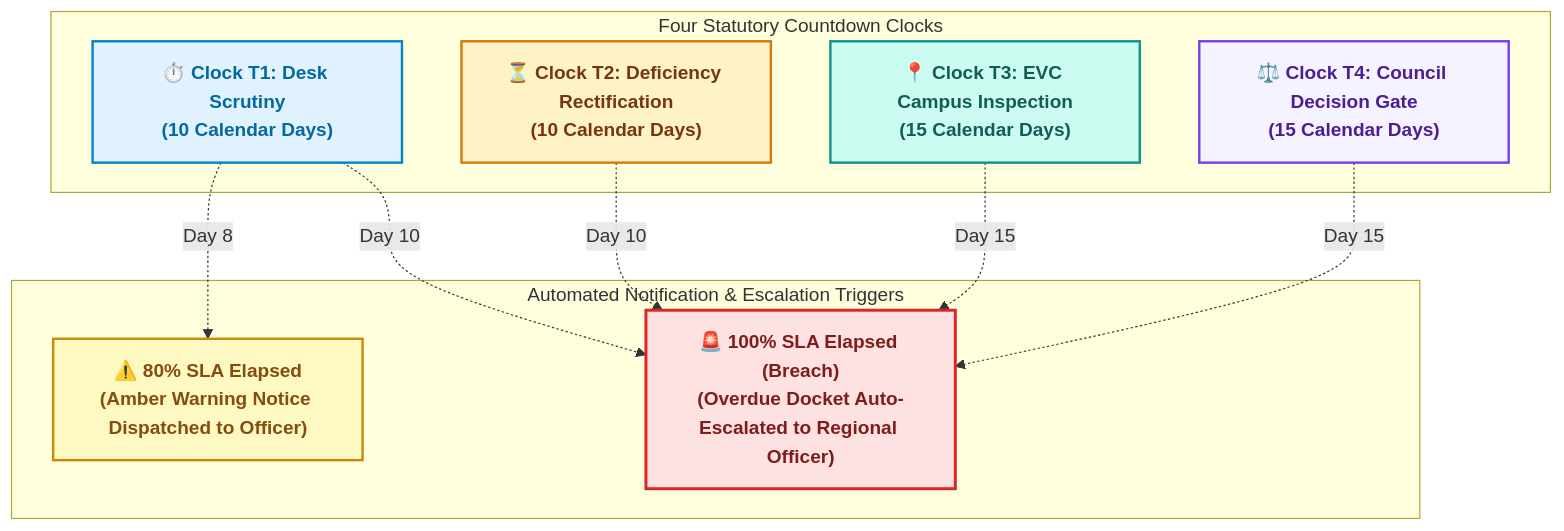
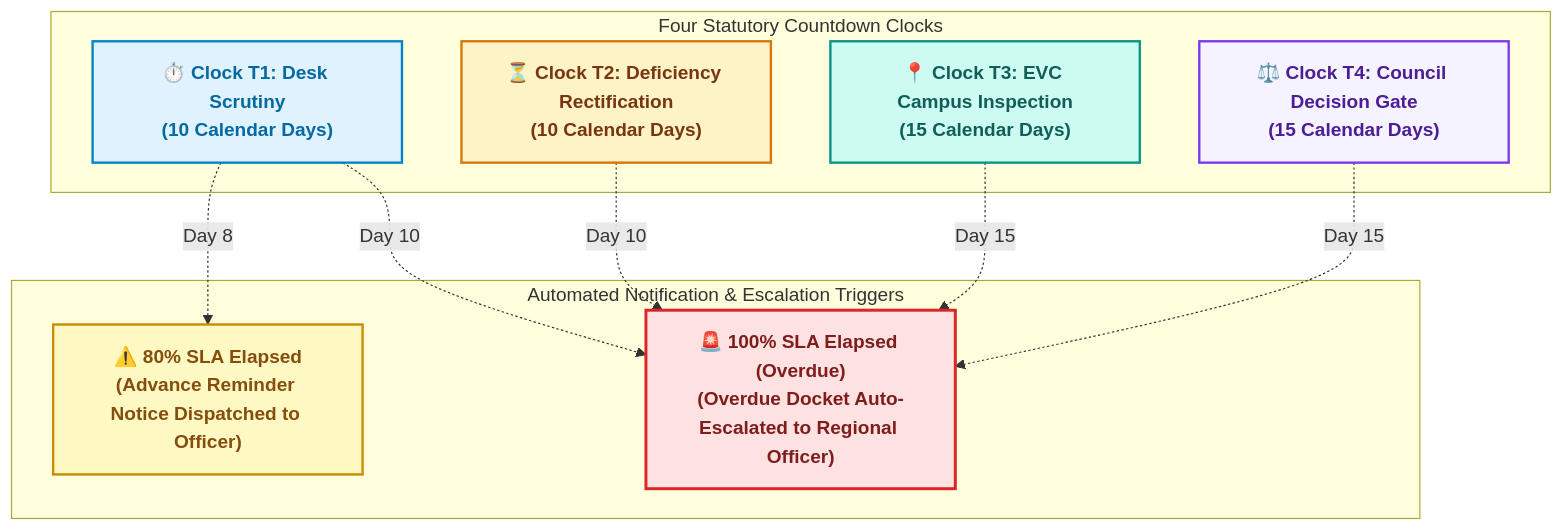
One commit to Parth-Chavan-15/SIH-2026-AICTE changed diagram 18 of 18 in README.md. Above: the diagram before and after it, drawn with Mermaid. The commit also changed other lines of this file, not shown here.

````diff
--- a/README.md
+++ b/README.md
@@ -374,27 +822,27 @@
 ```mermaid
 flowchart TD
     classDef c1 fill:#E0F2FE,stroke:#0284C7,stroke-width:2px,color:#0369A1,font-weight:bold;
     classDef c2 fill:#FEF3C7,stroke:#D97706,stroke-width:2px,color:#78350F,font-weight:bold;
     classDef c3 fill:#CCFBF1,stroke:#0D9488,stroke-width:2px,color:#115E59,font-weight:bold;
     classDef c4 fill:#F5F3FF,stroke:#7C3AED,stroke-width:2px,color:#4C1D95,font-weight:bold;
     classDef warn fill:#FEF9C3,stroke:#CA8A04,stroke-width:2px,color:#854D0E,font-weight:bold;
     classDef breach fill:#FEE2E2,stroke:#DC2626,stroke-width:2.5px,color:#7F1D1D,font-weight:bold;
 
     subgraph CLOCKS["Four Statutory Countdown Clocks"]
         C1["⏱️ Clock T1: Desk Scrutiny<br/>(10 Calendar Days)"]:::c1
         C2["⏳ Clock T2: Deficiency Rectification<br/>(10 Calendar Days)"]:::c2
         C3["📍 Clock T3: EVC Campus Inspection<br/>(15 Calendar Days)"]:::c3
         C4["⚖️ Clock T4: Council Decision Gate<br/>(15 Calendar Days)"]:::c4
     end
 
     subgraph TRIGGERS["Automated Notification & Escalation Triggers"]
-        W["⚠️ 80% SLA Elapsed<br/>(Amber Warning Notice Dispatched to Officer)"]:::warn
-        B["🚨 100% SLA Elapsed (Breach)<br/>(Overdue Docket Auto-Escalated to Regional Officer)"]:::breach
+        W["⚠️ 80% SLA Elapsed<br/>(Advance Reminder Notice Dispatched to Officer)"]:::warn
+        B["🚨 100% SLA Elapsed (Overdue)<br/>(Overdue Docket Auto-Escalated to Regional Officer)"]:::breach
     end
 
     C1 -.->|Day 8| W
     C1 -.->|Day 10| B
     C2 -.->|Day 10| B
     C3 -.->|Day 15| B
     C4 -.->|Day 15| B
 ```
````
